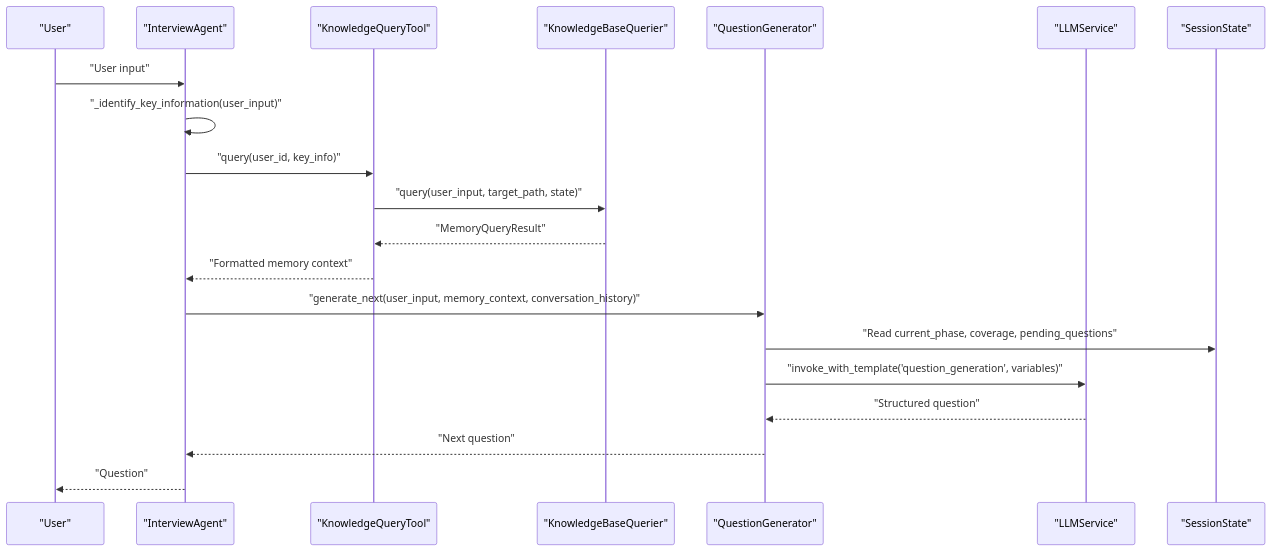
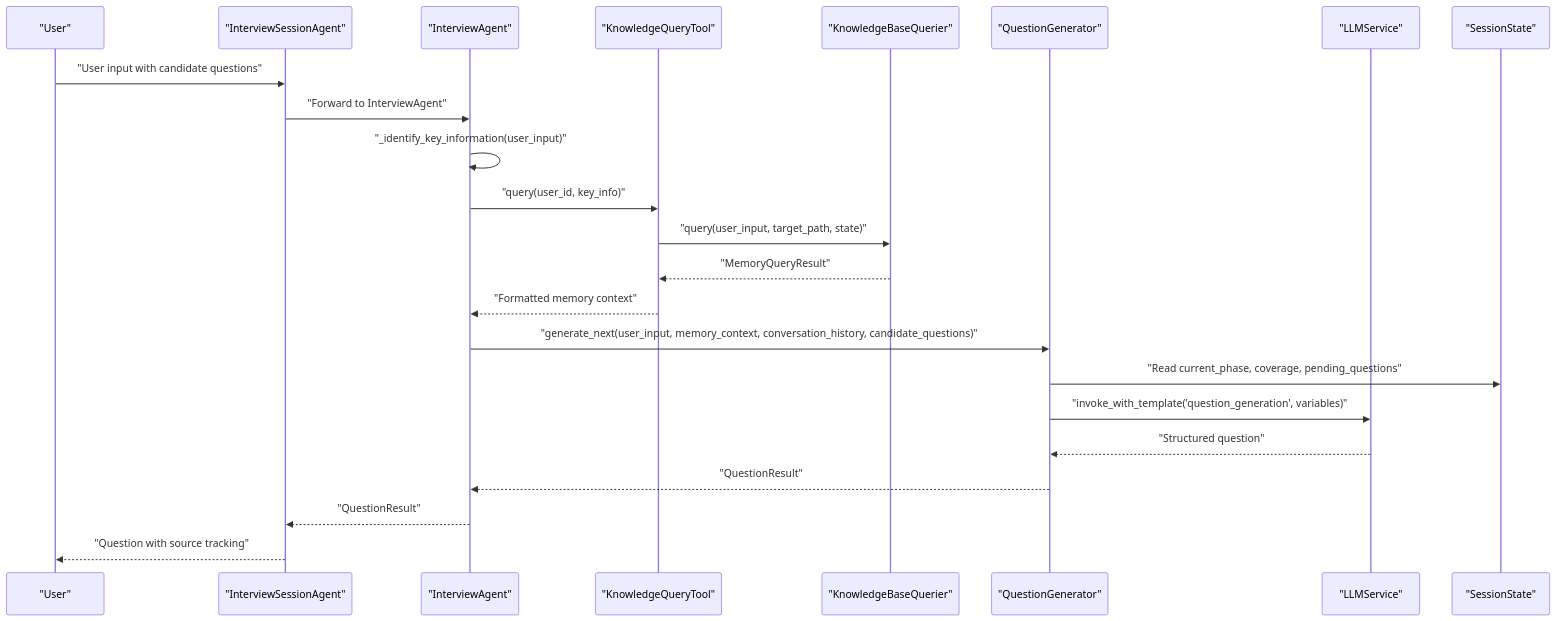
One commit to WangYiKai1017/zizuan changed the second of 9 diagrams in .qoder/repowiki/en/content/AI Services/Question Generator.md. Above: the diagram before and after it, drawn with Mermaid. The commit also changed other lines of this file and 31 other files, not shown here.

````diff
--- a/.qoder/repowiki/en/content/AI Services/Question Generator.md
+++ b/.qoder/repowiki/en/content/AI Services/Question Generator.md
@@ -121,22 +143,25 @@
 ```mermaid
 sequenceDiagram
 participant User as "User"
+participant ISA as "InterviewSessionAgent"
 participant IA as "InterviewAgent"
 participant KQT as "KnowledgeQueryTool"
 participant KBQ as "KnowledgeBaseQuerier"
 participant QG as "QuestionGenerator"
 participant LLM as "LLMService"
 participant SS as "SessionState"
-User->>IA : "User input"
+User->>ISA : "User input with candidate questions"
+ISA->>IA : "Forward to InterviewAgent"
 IA->>IA : "_identify_key_information(user_input)"
 IA->>KQT : "query(user_id, key_info)"
 KQT->>KBQ : "query(user_input, target_path, state)"
 KBQ-->>KQT : "MemoryQueryResult"
 KQT-->>IA : "Formatted memory context"
-IA->>QG : "generate_next(user_input, memory_context, conversation_history)"
+IA->>QG : "generate_next(user_input, memory_context, conversation_history, candidate_questions)"
 QG->>SS : "Read current_phase, coverage, pending_questions"
 QG->>LLM : "invoke_with_template('question_generation', variables)"
 LLM-->>QG : "Structured question"
-QG-->>IA : "Next question"
-IA-->>User : "Question"
+QG-->>IA : "QuestionResult"
+IA-->>ISA : "QuestionResult"
+ISA-->>User : "Question with source tracking"
 ```
````
